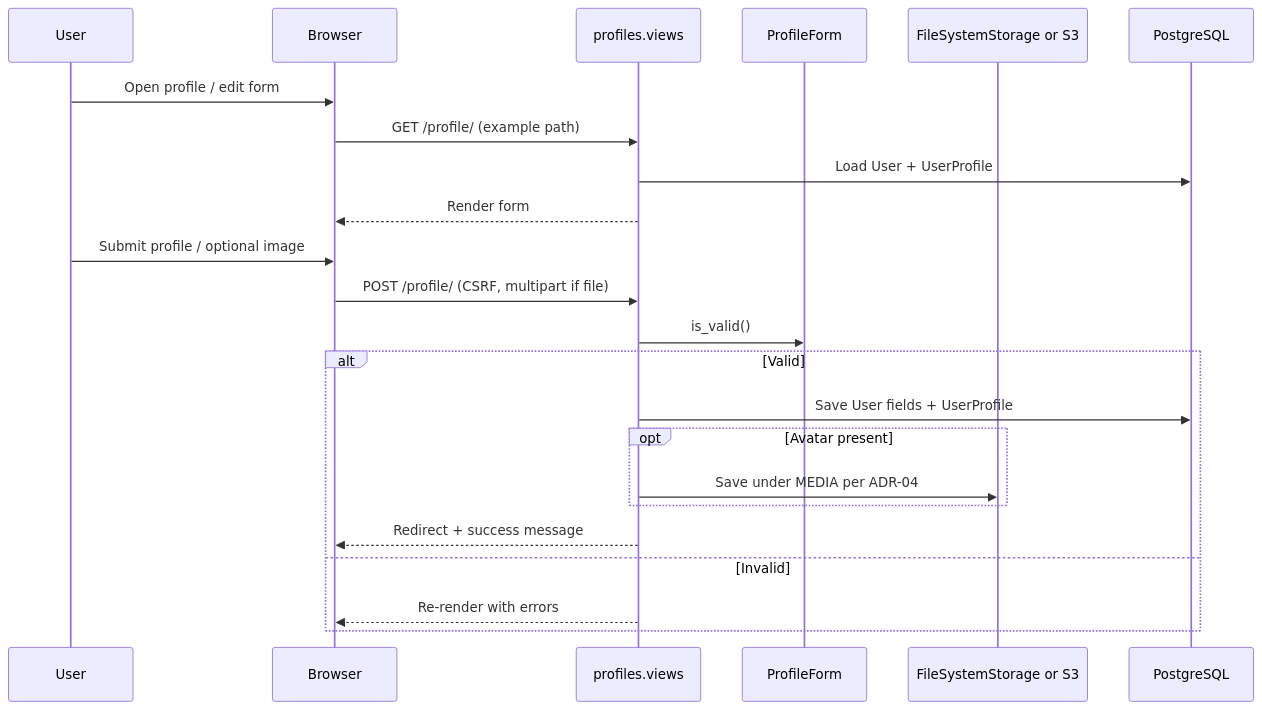
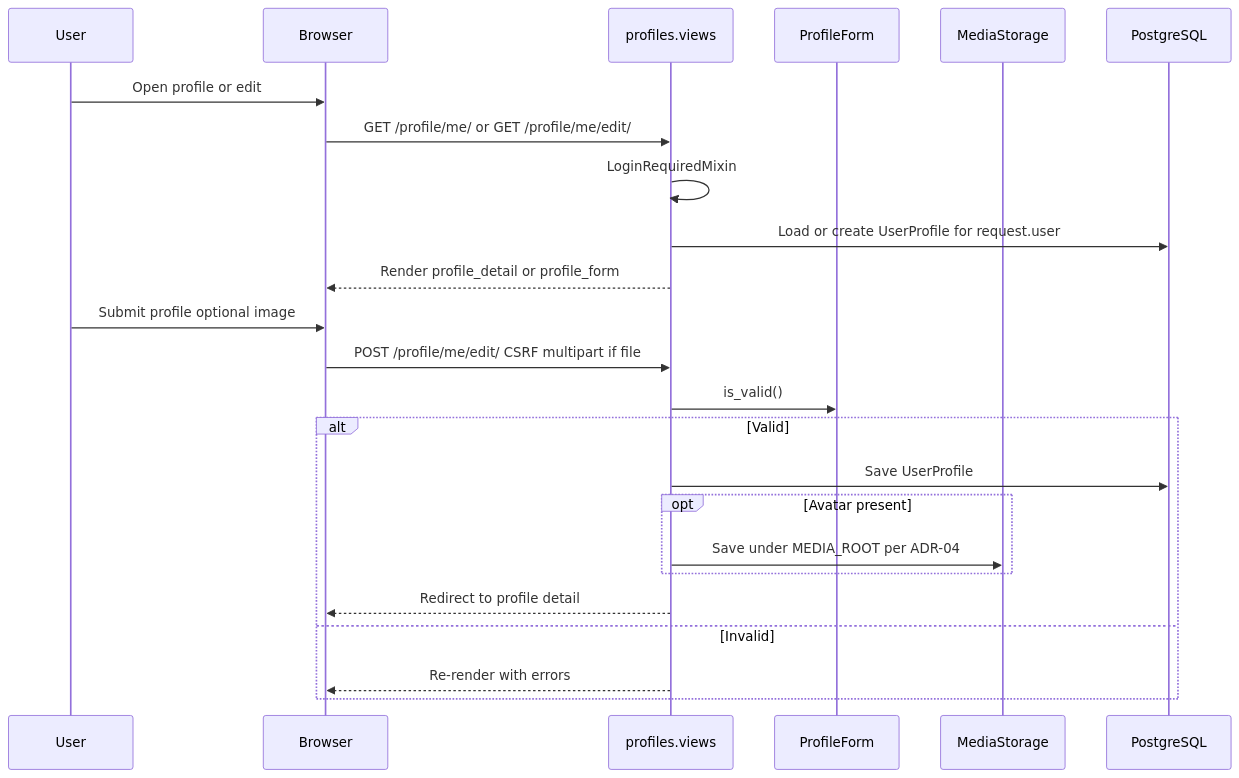
The fifth of 7 diagrams in docs/FLOWS.md (anibalrojosan/proggy-wallet), drawn with Mermaid before and after one commit. The commit also changed other lines of this file and 9 other files, not shown here.

````diff
--- a/docs/FLOWS.md
+++ b/docs/FLOWS.md
@@ -133,26 +135,27 @@
 ```mermaid
 sequenceDiagram
     participant User
     participant Browser
     participant View as profiles.views
     participant Form as ProfileForm
-    participant Storage as FileSystemStorage or S3
+    participant Storage as MediaStorage
     participant DB as PostgreSQL
 
-    User->>Browser: Open profile / edit form
-    Browser->>View: GET /profile/ (example path)
-    View->>DB: Load User + UserProfile
-    View-->>Browser: Render form
-    User->>Browser: Submit profile / optional image
-    Browser->>View: POST /profile/ (CSRF, multipart if file)
+    User->>Browser: Open profile or edit
+    Browser->>View: GET /profile/me/ or GET /profile/me/edit/
+    View->>View: LoginRequiredMixin
+    View->>DB: Load or create UserProfile for request.user
+    View-->>Browser: Render profile_detail or profile_form
+    User->>Browser: Submit profile optional image
+    Browser->>View: POST /profile/me/edit/ CSRF multipart if file
     View->>Form: is_valid()
     alt Valid
-        View->>DB: Save User fields + UserProfile
+        View->>DB: Save UserProfile
         opt Avatar present
-            View->>Storage: Save under MEDIA per ADR-04
+            View->>Storage: Save under MEDIA_ROOT per ADR-04
         end
-        View-->>Browser: Redirect + success message
+        View-->>Browser: Redirect to profile detail
     else Invalid
         View-->>Browser: Re-render with errors
     end
 ```
````
